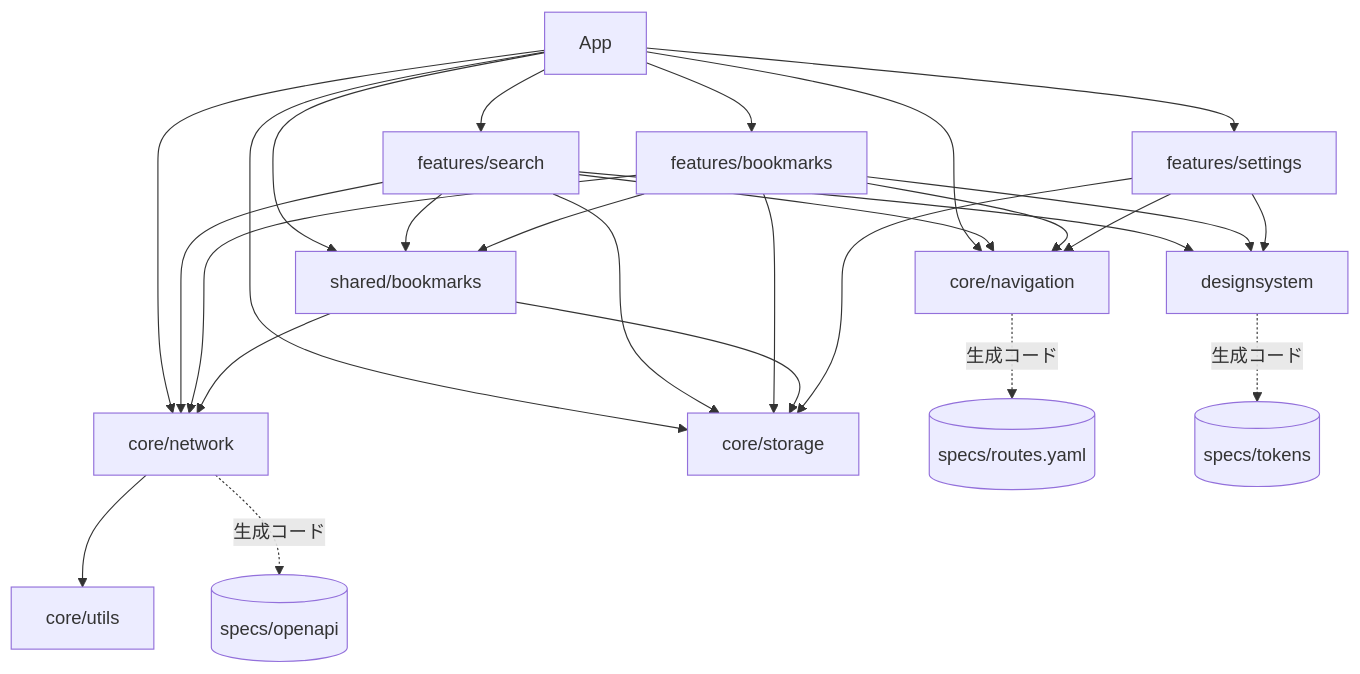
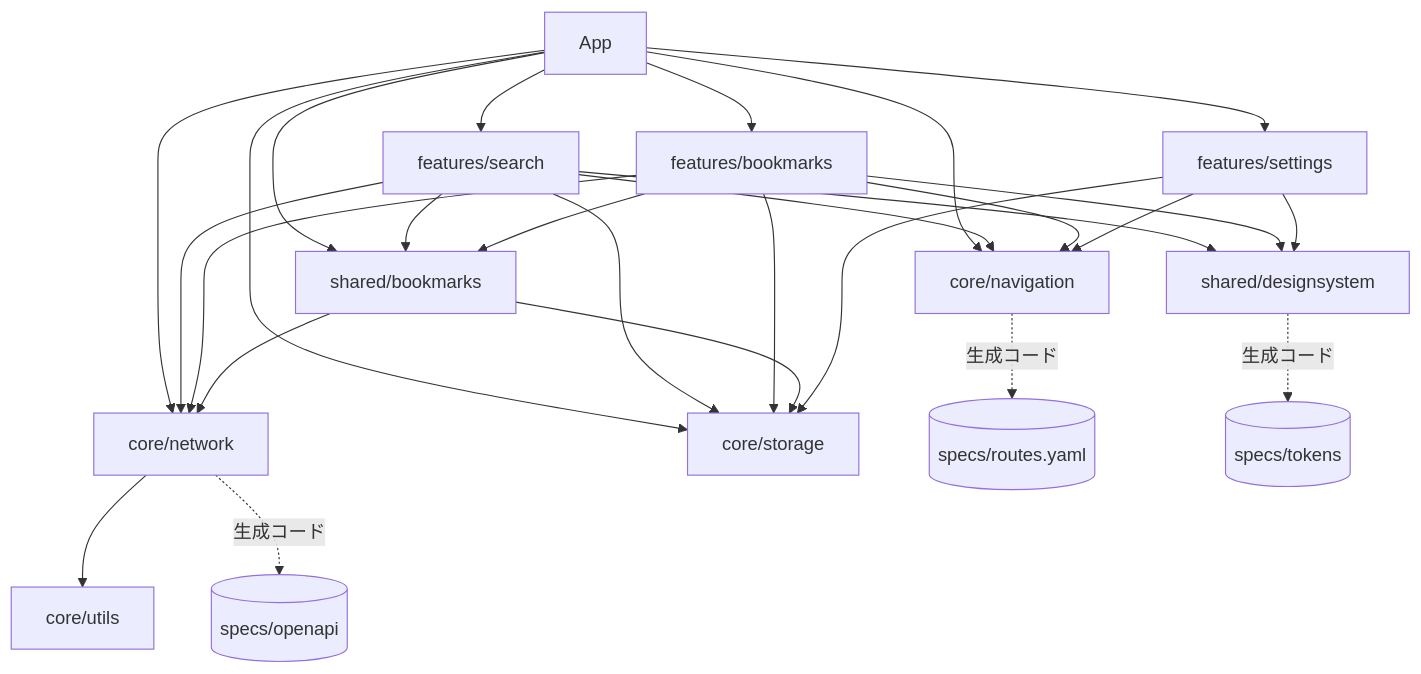
Before and after one commit to imk1t/native-sync-template: the second of 2 diagrams in README.md, drawn with Mermaid. The commit also changed other lines of this file and 40 other files, not shown here.

````diff
--- a/README.md
+++ b/README.md
@@ -151,29 +151,29 @@
 ```mermaid
 flowchart TD
     app["App"] --> search["features/search"]
     app --> saved["features/bookmarks"]
     app --> settings["features/settings"]
     app --> bookmarks["shared/bookmarks"]
     app --> network["core/network"]
     app --> navigation["core/navigation"]
     app --> storage["core/storage"]
     search --> bookmarks
     search --> network
     search --> navigation
     search --> storage
-    search --> designsystem
+    search --> designsystem["shared/designsystem"]
     saved --> bookmarks
     saved --> network
     saved --> navigation
     saved --> storage
     saved --> designsystem
     bookmarks --> storage
     bookmarks --> network
     settings --> storage
     settings --> navigation
     settings --> designsystem
     network --> utils["core/utils"]
     network -.->|生成コード| openapi[("specs/openapi")]
     navigation -.->|生成コード| routes[("specs/routes.yaml")]
     designsystem -.->|生成コード| tokens[("specs/tokens")]
 ```
````
